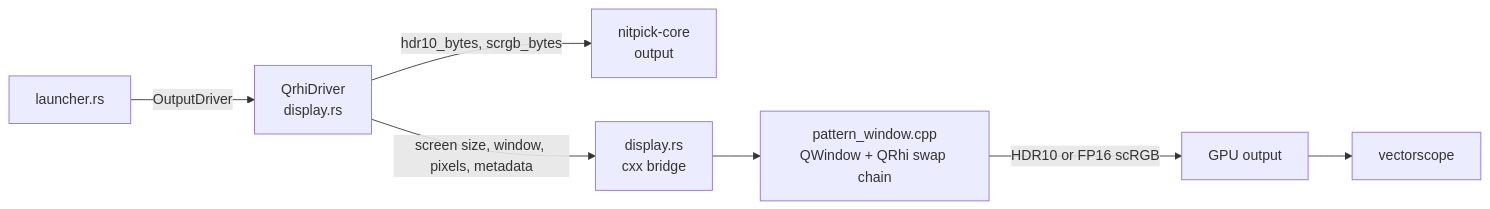
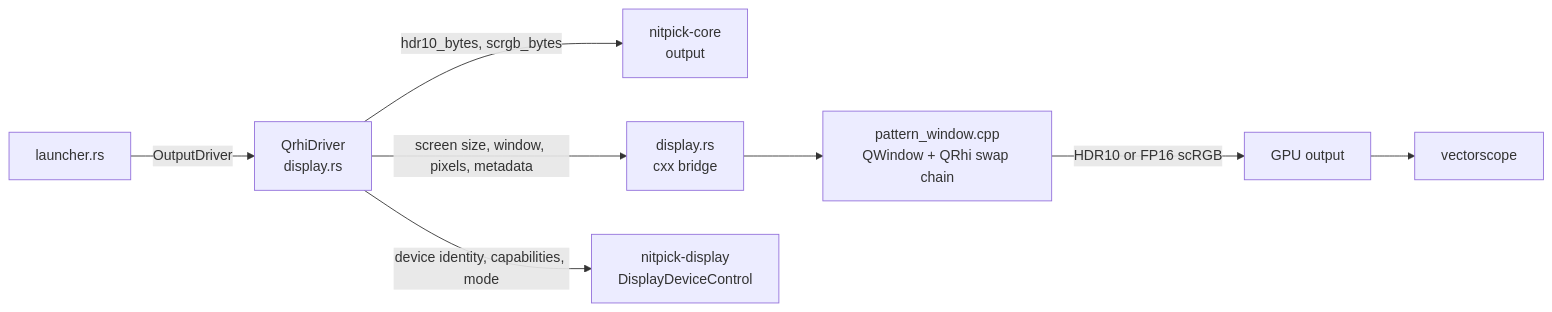
Before and after one commit to Jamesits/nitpick: the diagram in doc/design/output_driver/qt.md, drawn with Mermaid. The commit also changed other lines of this file and 4 other files, not shown here.

Commit message:
docs: separate display capability queries and profile control

````diff
--- a/doc/design/output_driver/qt.md
+++ b/doc/design/output_driver/qt.md
@@ -7,8 +7,9 @@
 ```mermaid
 graph LR
     L[launcher.rs] -->|OutputDriver| Q[QrhiDriver<br/>display.rs]
     Q -->|hdr10_bytes, scrgb_bytes| O[nitpick-core<br/>output]
     Q -->|screen size, window, pixels, metadata| D[display.rs<br/>cxx bridge]
+    Q -->|device identity, capabilities, mode| N[nitpick-display<br/>DisplayDeviceControl]
     D --> W[pattern_window.cpp<br/>QWindow + QRhi swap chain]
     W -->|HDR10 or FP16 scRGB| GPU[GPU output] --> Scope[vectorscope]
 ```
````
